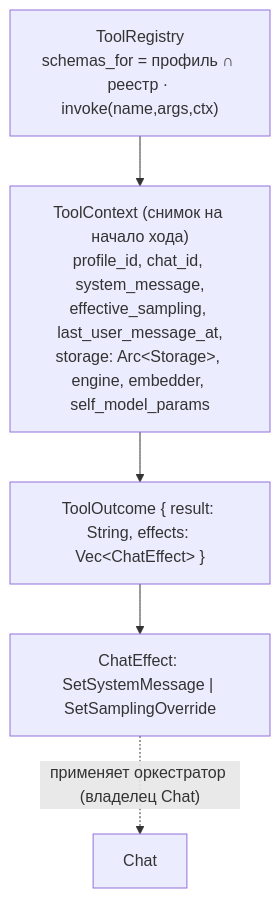
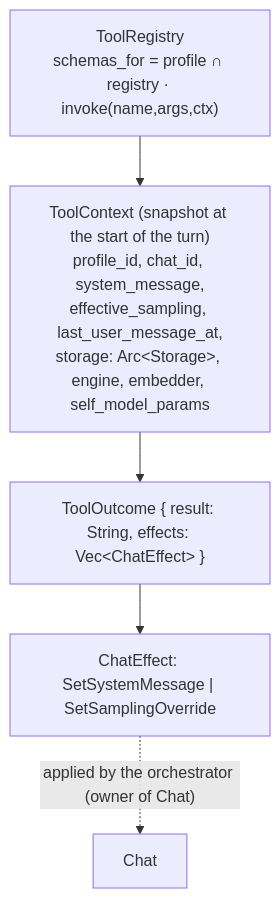
The tenth of 17 diagrams in docs/architecture.md (vshylov/mindfork-rs), drawn with Mermaid before and after one commit. The commit also changed other lines of this file and 18 other files, not shown here.

````diff
--- a/docs/architecture.md
+++ b/docs/architecture.md
@@ -850,12 +900,12 @@
 ```mermaid
 flowchart TB
-    REG["ToolRegistry<br/>schemas_for = профиль ∩ реестр · invoke(name,args,ctx)"]
-    CTX["ToolContext (снимок на начало хода)<br/>profile_id, chat_id, system_message,<br/>effective_sampling, last_user_message_at,<br/>storage: Arc&lt;Storage&gt;, engine, embedder, self_model_params"]
+    REG["ToolRegistry<br/>schemas_for = profile ∩ registry · invoke(name,args,ctx)"]
+    CTX["ToolContext (snapshot at the start of the turn)<br/>profile_id, chat_id, system_message,<br/>effective_sampling, last_user_message_at,<br/>storage: Arc&lt;Storage&gt;, engine, embedder, self_model_params"]
     OUT["ToolOutcome { result: String, effects: Vec&lt;ChatEffect&gt; }"]
     EFF["ChatEffect: SetSystemMessage | SetSamplingOverride"]
 
     REG --> CTX
     CTX --> OUT
     OUT --> EFF
-    EFF -. "применяет оркестратор (владелец Chat)" .-> ORCH["Chat"]
+    EFF -. "applied by the orchestrator (owner of Chat)" .-> ORCH["Chat"]
 ```
````
